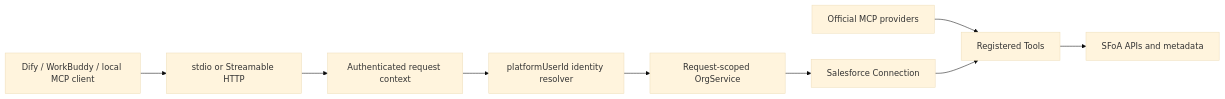
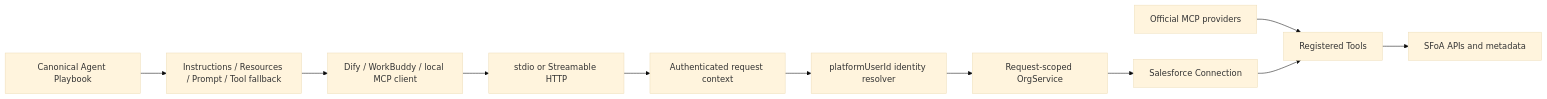
The first of 7 diagrams in docs/sfoa/ARCHITECTURE.md (ElioLin/sfoa-enterprise-mcp), drawn with Mermaid (base theme) before and after one commit. The commit also changed other lines of this file and 60 other files, not shown here.

Commit message:
feat: add MCP-native SFoA agent playbook

````diff
--- a/docs/sfoa/ARCHITECTURE.md
+++ b/docs/sfoa/ARCHITECTURE.md
@@ -11,11 +11,13 @@
 ```mermaid
 flowchart LR
   Client[Dify / WorkBuddy / local MCP client] --> Transport[stdio or Streamable HTTP]
+  Playbook[Canonical Agent Playbook] --> Native[Instructions / Resources / Prompt / Tool fallback]
+  Native --> Client
   Transport --> Context[Authenticated request context]
   Context --> Resolver[platformUserId identity resolver]
   Resolver --> OrgService[Request-scoped OrgService]
   OrgService --> Conn[Salesforce Connection]
   Registry[Official MCP providers] --> Tools[Registered Tools]
   Conn --> Tools
   Tools --> SFoA[SFoA APIs and metadata]
 ```
````
